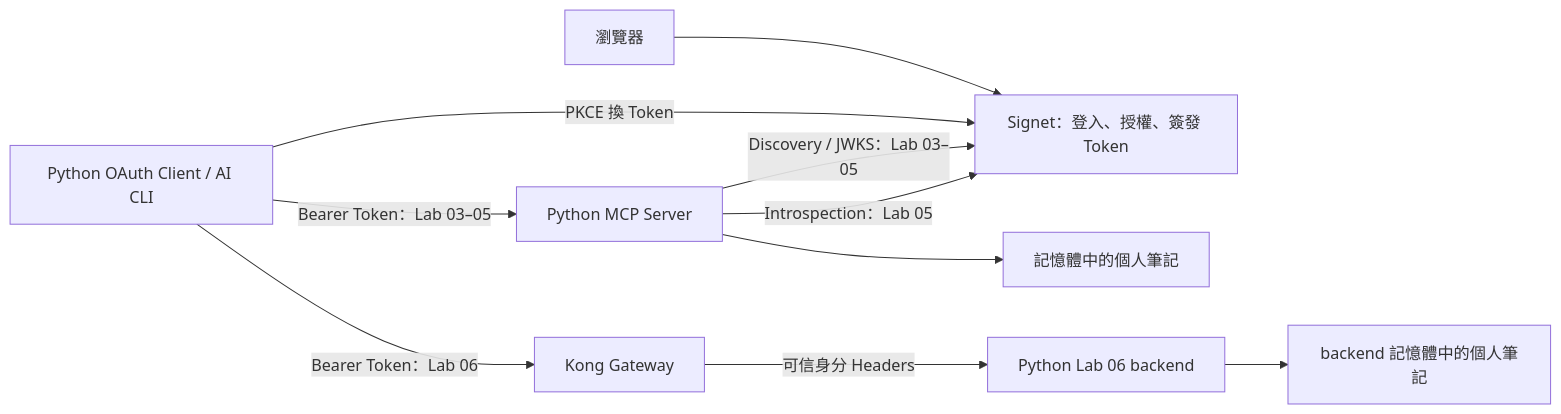
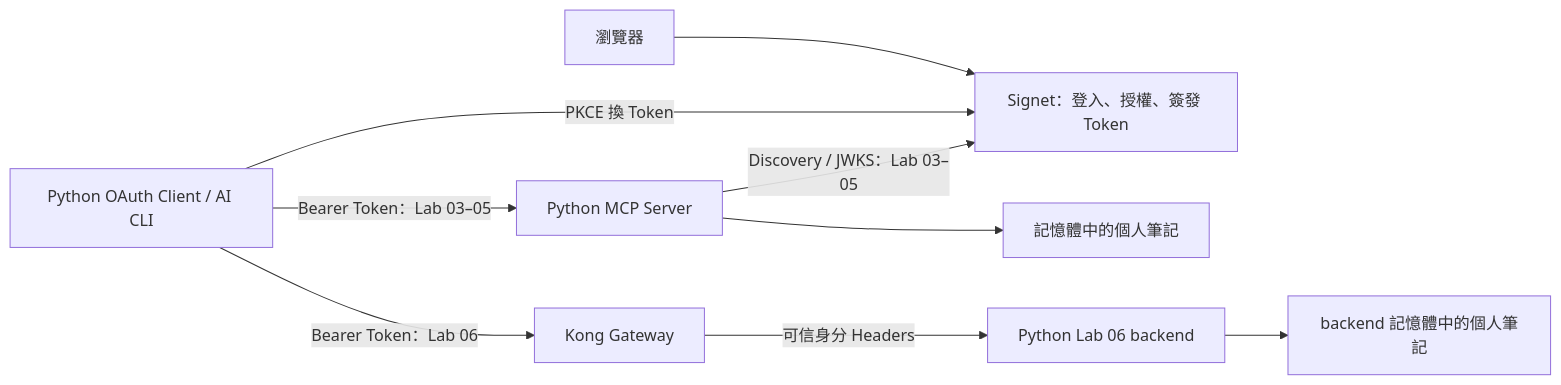
Before and after one commit to go-training/mcp-oauth2-workshop: the first of 3 diagrams in python/README.md, drawn with Mermaid. The commit also changed other lines of this file and 15 other files, not shown here.

````diff
--- a/python/README.md
+++ b/python/README.md
@@ -34,12 +34,11 @@
 ```mermaid
 flowchart LR
     Browser[瀏覽器] --> Signet[Signet：登入、授權、簽發 Token]
     Client[Python OAuth Client / AI CLI] -->|PKCE 換 Token| Signet
     Client -->|Bearer Token：Lab 03–05| Server[Python MCP Server]
     Server -->|Discovery / JWKS：Lab 03–05| Signet
-    Server -->|Introspection：Lab 05| Signet
     Client -->|Bearer Token：Lab 06| Kong[Kong Gateway]
     Kong -->|可信身分 Headers| Backend[Python Lab 06 backend]
     Server --> Notes[記憶體中的個人筆記]
     Backend --> BackendNotes[backend 記憶體中的個人筆記]
 ```
````
